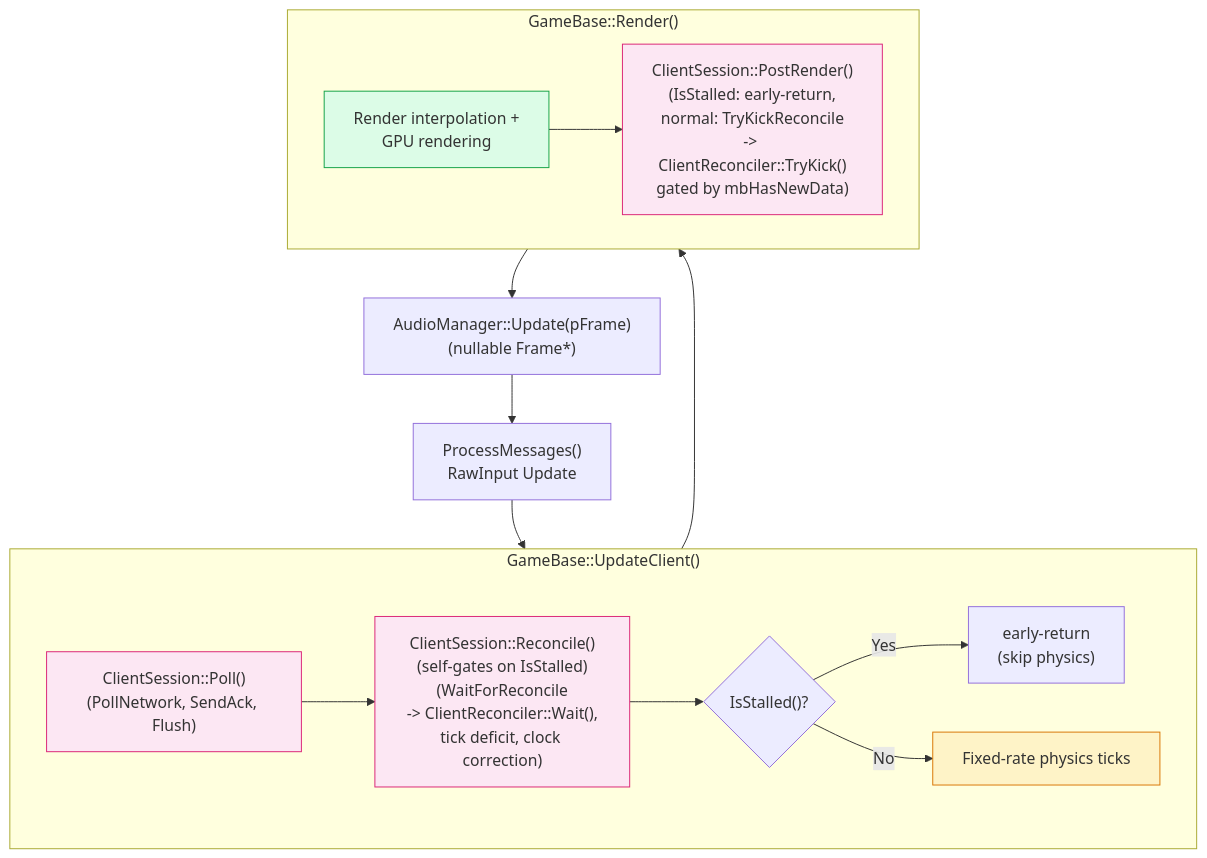
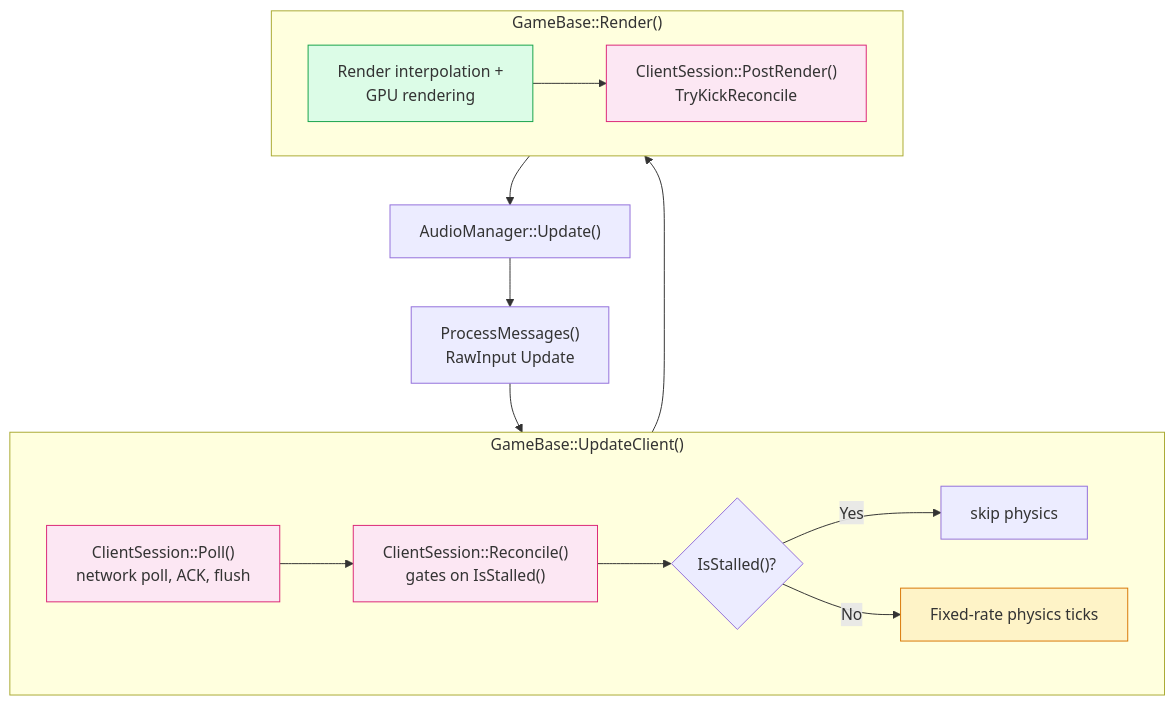
One commit to DougTanner/BrokenEnginePublic changed the fourth of 6 diagrams in Documents/Architecture/GameReconciliation.md. Above: the diagram before and after it, drawn with Mermaid. The commit also changed other lines of this file and 66 other files, not shown here.

````diff
--- a/Documents/Architecture/GameReconciliation.md
+++ b/Documents/Architecture/GameReconciliation.md
@@ -123,36 +124,36 @@
 ```mermaid
 %%{init: {'theme': 'default'}}%%
 flowchart TD
     classDef network fill:#dbeafe,stroke:#3b82f6
     classDef physics fill:#fef3c7,stroke:#d97706
     classDef render fill:#dcfce7,stroke:#16a34a
     classDef reconcile fill:#fce7f3,stroke:#db2777
 
     MSG["ProcessMessages()<br/>RawInput Update"] --> TICK_FRAMES
 
     subgraph TICK_FRAMES ["GameBase::UpdateClient()"]
-        POLL["ClientSession::Poll()<br/>(PollNetwork, SendAck, Flush)"]:::reconcile
+        POLL["ClientSession::Poll()<br/>network poll, ACK, flush"]:::reconcile
 
-        RECONCILE_STEP["ClientSession::Reconcile()<br/>(self-gates on IsStalled)<br/>(WaitForReconcile<br/>-> ClientReconciler::Wait(),<br/>tick deficit, clock correction)"]:::reconcile
+        RECONCILE_STEP["ClientSession::Reconcile()<br/>gates on IsStalled()"]:::reconcile
         POLL --> RECONCILE_STEP
 
         STALL_CHECK{"IsStalled()?"}
         RECONCILE_STEP --> STALL_CHECK
-        STALL_CHECK -->|"Yes"| EARLY_RETURN["early-return<br/>(skip physics)"]
+        STALL_CHECK -->|"Yes"| EARLY_RETURN["skip physics"]
 
         PHYSICS["Fixed-rate physics ticks"]:::physics
 
         STALL_CHECK -->|"No"| PHYSICS
     end
 
     subgraph RENDER_METHOD ["GameBase::Render()"]
         RENDER["Render interpolation +<br/>GPU rendering"]:::render
-        POST_RENDER["ClientSession::PostRender()<br/>(IsStalled: early-return,<br/>normal: TryKickReconcile<br/>-> ClientReconciler::TryKick()<br/>gated by mbHasNewData)"]:::reconcile
+        POST_RENDER["ClientSession::PostRender()<br/>TryKickReconcile"]:::reconcile
         RENDER --> POST_RENDER
     end
 
-    AUDIO["AudioManager::Update(pFrame)<br/>(nullable Frame*)"]
+    AUDIO["AudioManager::Update()"]
 
     TICK_FRAMES --> RENDER_METHOD --> AUDIO
     AUDIO --> MSG
 ```
````
